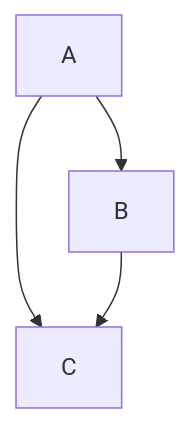
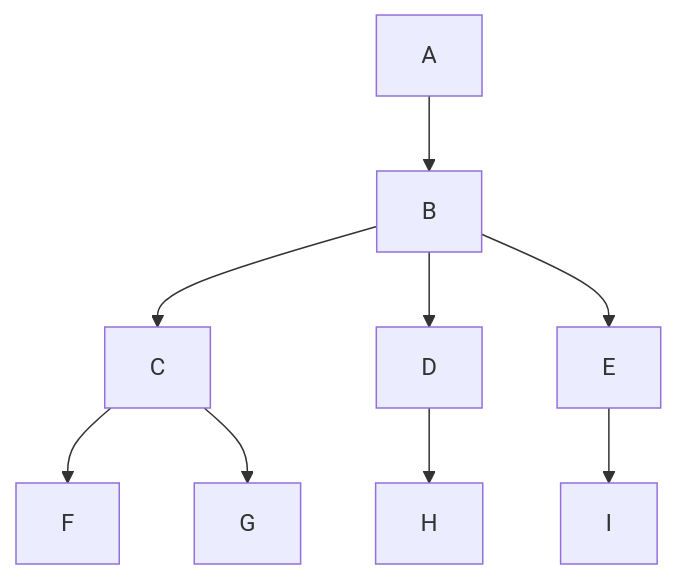
Before and after one commit to stefafafan/closure2wbs: the diagram in README.md, drawn with Mermaid. The commit also changed other lines of this file, not shown here.

````diff
--- a/README.md
+++ b/README.md
@@ -95,6 +112,11 @@
 ```mermaid
 flowchart TD
 A --> B
-A --> C
 B --> C
+C --> F
+C --> G
+B --> D
+D --> H
+B --> E
+E --> I
 ```
````
